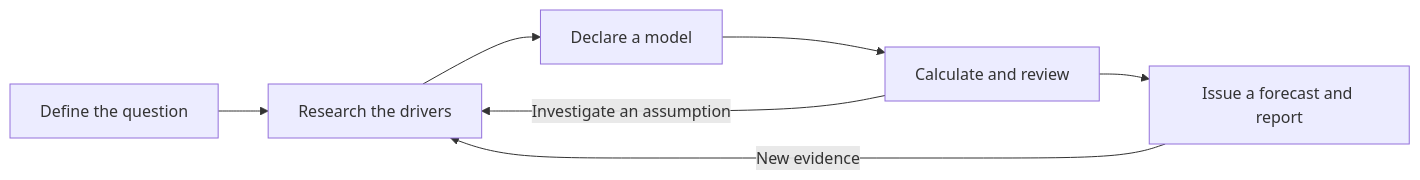
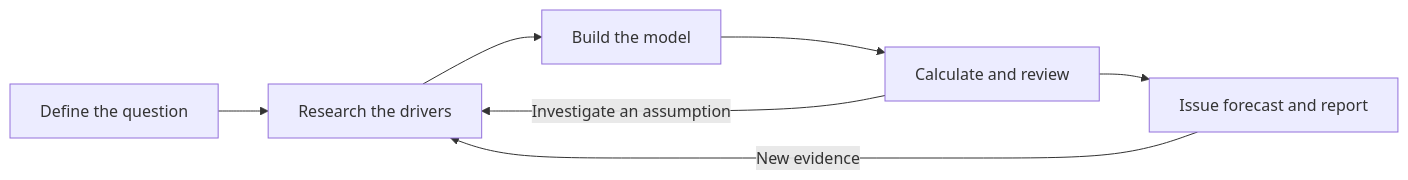
One commit to expectedparrot/vorhersage changed the diagram in README.md. Above: the diagram before and after it, drawn with Mermaid. The commit also changed other lines of this file and 8 other files, not shown here.

Commit message:
Make timeline forecasts easier to inspect and revise from the CLI

````diff
--- a/README.md
+++ b/README.md
@@ -224,9 +187,9 @@
 ```mermaid
 flowchart LR
     Q[Define the question] --> R[Research the drivers]
-    R --> M[Declare a model]
+    R --> M[Build the model]
     M --> C[Calculate and review]
     C -->|Investigate an assumption| R
-    C --> F[Issue a forecast and report]
+    C --> F[Issue forecast and report]
     F -->|New evidence| R
 ```
````
